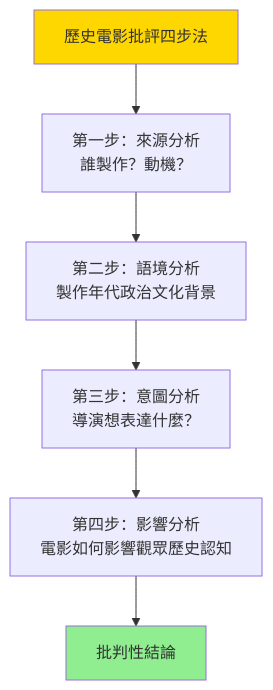
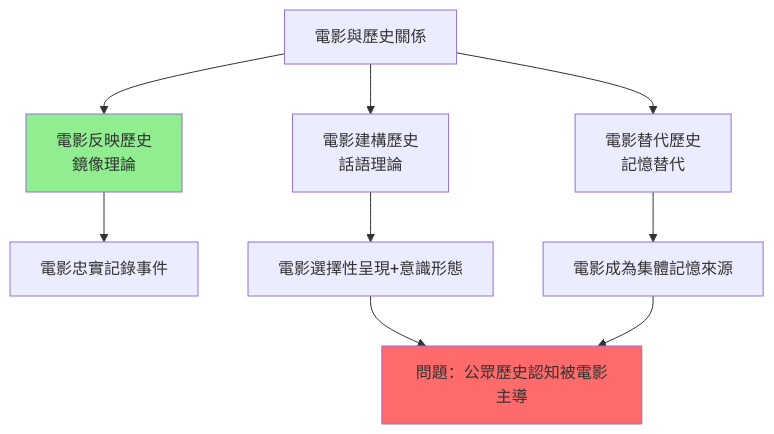
Before and after one commit to yip-lgtm/HKU-Harvard-History-Self-Study: the first of 10 diagrams in 01_HKU_Courses/HIST2031_History_through_Film.md, drawn with Mermaid. The commit also changed other lines of this file and 25 other files, not shown here.

````diff
--- a/01_HKU_Courses/HIST2031_History_through_Film.md
+++ b/01_HKU_Courses/HIST2031_History_through_Film.md
@@ -117,10 +121,13 @@
 ```mermaid
 graph TD
-    A["歷史電影批評四步法"] --> B["第一步：來源分析<br/>誰製作？動機？"]
-    B --> C["第二步：語境分析<br/>製作年代政治文化背景"]
-    C --> D["第三步：意圖分析<br/>導演想表達什麼？"]
-    D --> E["第四步：影響分析<br/>電影如何影響觀眾歷史認知"]
-    E --> F["批判性結論"]
-    style A fill:#FFD700
-    style F fill:#90EE90
+    A["電影與歷史關係"] --> B["電影反映歷史<br/>鏡像理論"]
+    A --> C["電影建構歷史<br/>話語理論"]
+    A --> D["電影替代歷史<br/>記憶替代"]
+    B --> E["電影忠實記錄事件"]
+    C --> F["電影選擇性呈現+意識形態"]
+    D --> G["電影成為集體記憶來源"]
+    F --> H["問題：公眾歷史認知被電影主導"]
+    G --> H
+    style H fill:#FF6B6B
+    style B fill:#90EE90
 ```
````
